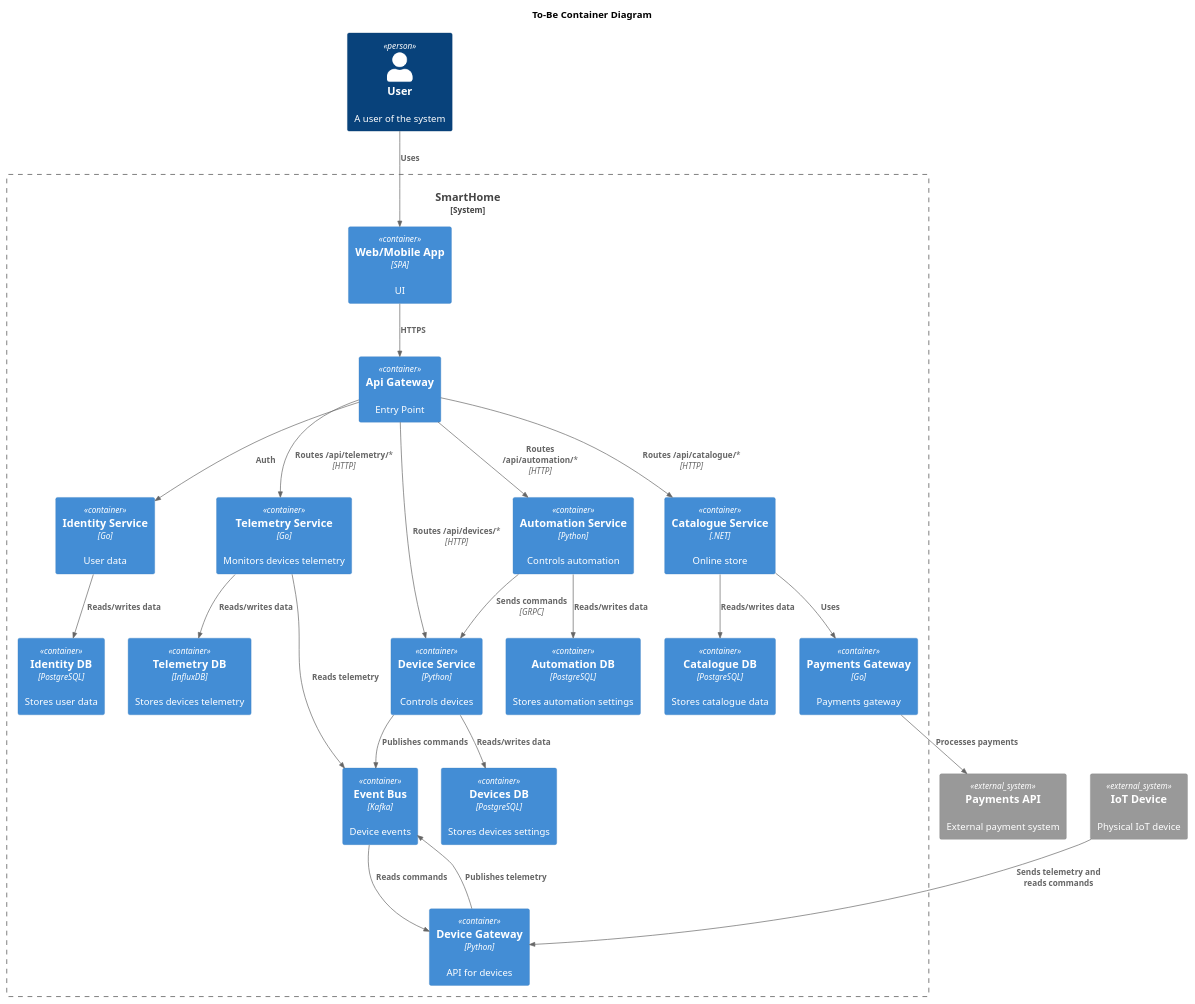
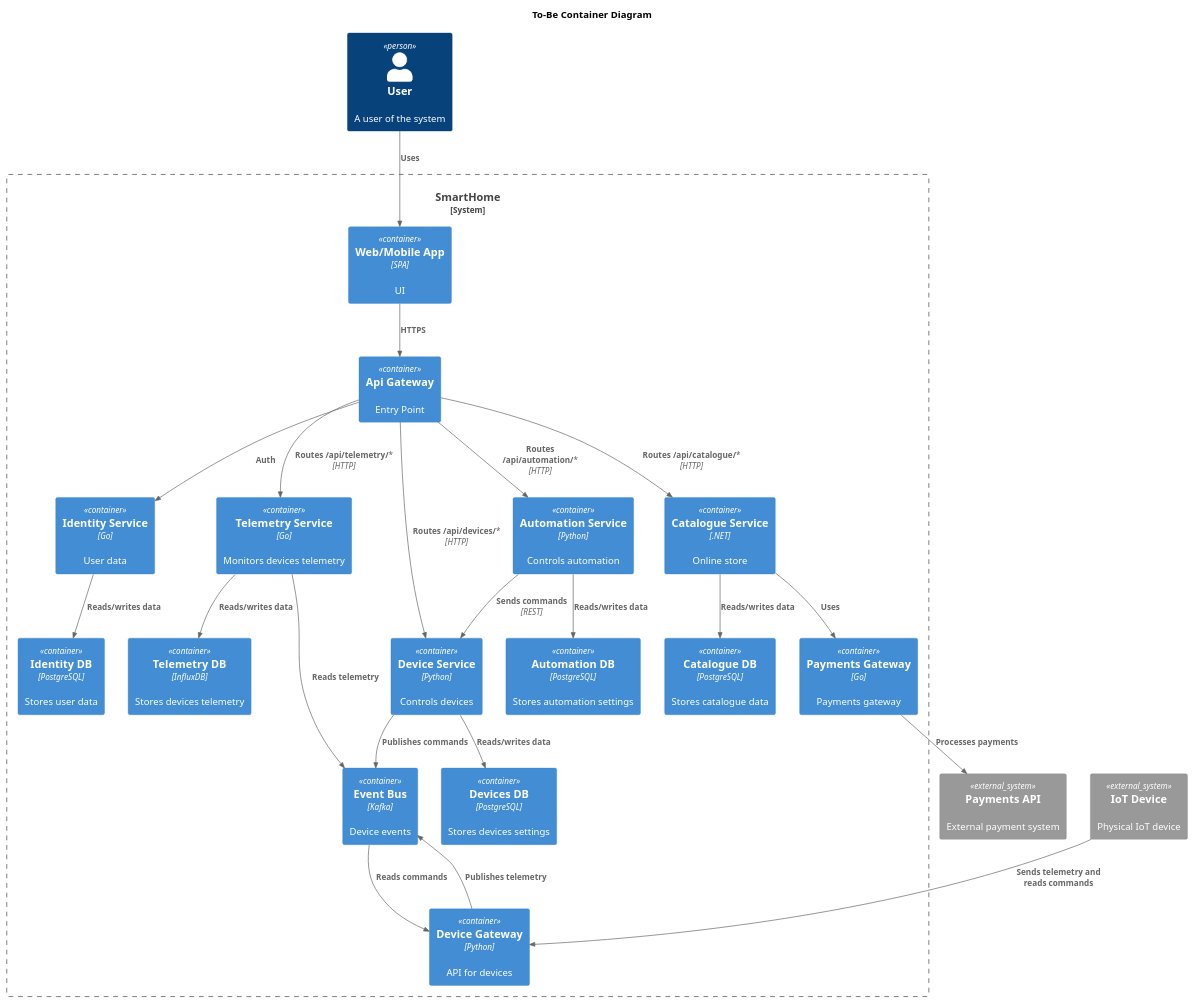
Before and after one commit to pavelantropov/smarthome: the diagram in schemas/to-be/Container.puml, drawn with PlantUML. The commit also changed 9 other files, not shown here.

```diff
--- a/schemas/to-be/Container.puml
+++ b/schemas/to-be/Container.puml
@@ -1,58 +1,58 @@
 @startuml
 title To-Be Container Diagram
 
 top to bottom direction
 
 !includeurl https://raw.githubusercontent.com/RicardoNiepel/C4-PlantUML/master/C4_Container.puml
 
 Person(user, "User", "A user of the system")
 System_Ext(device, "IoT Device", "Physical IoT device")
 System_Ext(paymentsExt, "Payments API", "External payment system")
 
 System_Boundary(SmartHome, "SmartHome") {
   Container(app, "Web/Mobile App", "SPA", "UI")
   Container(api, "Api Gateway", "", "Entry Point")
 
   Container(identity, "Identity Service", "Go", "User data")
 
   Container(catalogue, "Catalogue Service", ".NET", "Online store")
   Container(payments, "Payments Gateway", "Go", "Payments gateway")
 
   Container(telemetry, "Telemetry Service", "Go", "Monitors devices telemetry")
   Container(devices, "Device Service", "Python", "Controls devices")
   Container(automation, "Automation Service", "Python", "Controls automation")
 
   Container(deviceGateway, "Device Gateway", "Python", "API for devices")
   Container(events, "Event Bus", "Kafka", "Device events")
 
   Container(identityDB, "Identity DB", "PostgreSQL", "Stores user data")
   Container(catalogueDB, "Catalogue DB", "PostgreSQL", "Stores catalogue data")
   Container(devicesDB, "Devices DB", "PostgreSQL", "Stores devices settings")
   Container(automationDB, "Automation DB", "PostgreSQL", "Stores automation settings")
   Container(telemetryDB, "Telemetry DB", "InfluxDB", "Stores devices telemetry")
 }
 
 Rel(user, app, "Uses")
 Rel(app, api, "HTTPS")
 Rel(api, identity, "Auth")
 Rel(api, catalogue, "Routes /api/catalogue/*", "HTTP")
 Rel(api, telemetry, "Routes /api/telemetry/*", "HTTP")
 Rel(api, devices, "Routes /api/devices/*", "HTTP")
 Rel(api, automation, "Routes /api/automation/*", "HTTP")
 
 Rel(catalogue, payments, "Uses")
 Rel(payments, paymentsExt, "Processes payments")
 
 Rel(device, deviceGateway, "Sends telemetry and reads commands")
 Rel(deviceGateway, events, "Publishes telemetry")
 Rel(telemetry, events, "Reads telemetry")
 Rel(devices, events, "Publishes commands")
 Rel(events, deviceGateway, "Reads commands")
-Rel(automation, devices, "Sends commands", "GRPC")
+Rel(automation, devices, "Sends commands", "REST")
 
 Rel(identity, identityDB, "Reads/writes data")
 Rel(telemetry, telemetryDB, "Reads/writes data")
 Rel(devices, devicesDB, "Reads/writes data")
 Rel(automation, automationDB, "Reads/writes data")
 Rel(catalogue, catalogueDB, "Reads/writes data")
 @enduml
```
